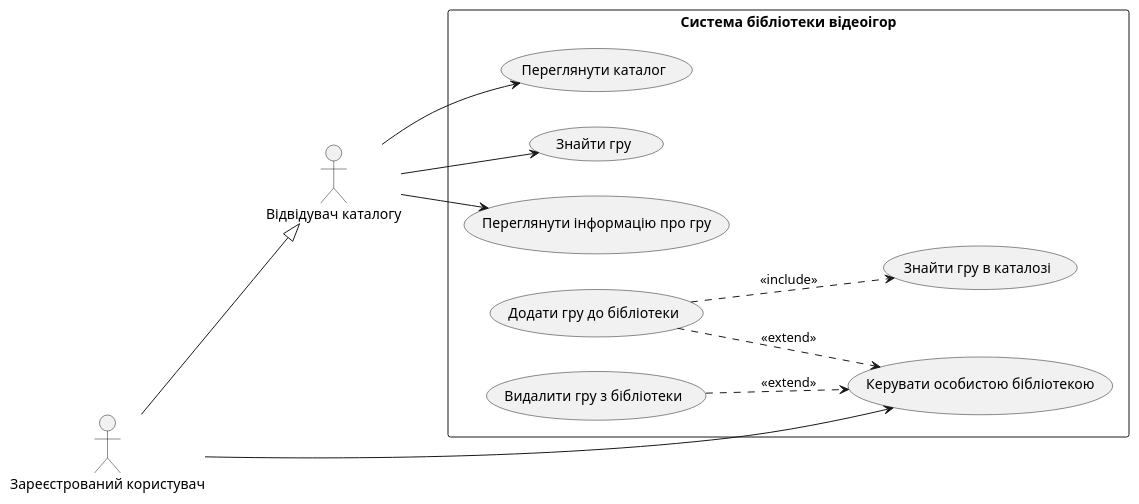
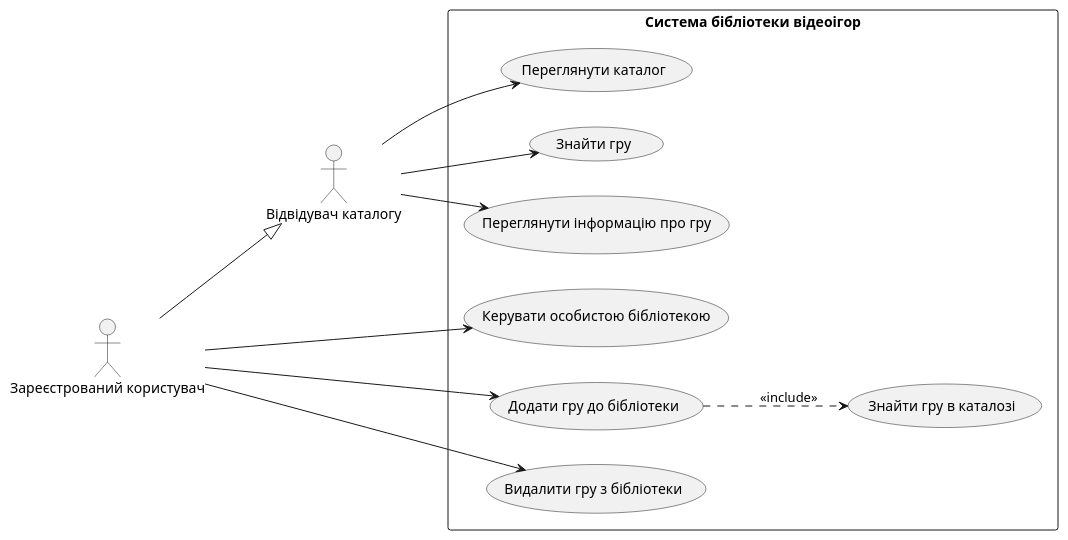
The diagram in use-case.puml (yelyzavetaashn-jpg/Lab-2), drawn with PlantUML before and after one commit.

```diff
--- a/use-case.puml
+++ b/use-case.puml
@@ -2,29 +2,29 @@
 @startuml
 left to right direction
 skinparam packageStyle rectangle
 
 actor "Відвідувач каталогу" as Visitor
 actor "Зареєстрований користувач" as RegisteredUser
 
 RegisteredUser --|> Visitor
 
 rectangle "Система бібліотеки відеоігор" {
     usecase "Переглянути каталог" as UC1
     usecase "Знайти гру" as UC2
     usecase "Переглянути інформацію про гру" as UC3
     usecase "Керувати особистою бібліотекою" as UC4
     usecase "Додати гру до бібліотеки" as UC5
     usecase "Видалити гру з бібліотеки" as UC6
     usecase "Знайти гру в каталозі" as UC7
 }
 
 Visitor --> UC1
 Visitor --> UC2
 Visitor --> UC3
 
 RegisteredUser --> UC4
+RegisteredUser --> UC5
+RegisteredUser --> UC6
 UC5 ..> UC7 : <<include>>
-UC5 ..> UC4 : <<extend>>
-UC6 ..> UC4 : <<extend>>
 
 @enduml
```
